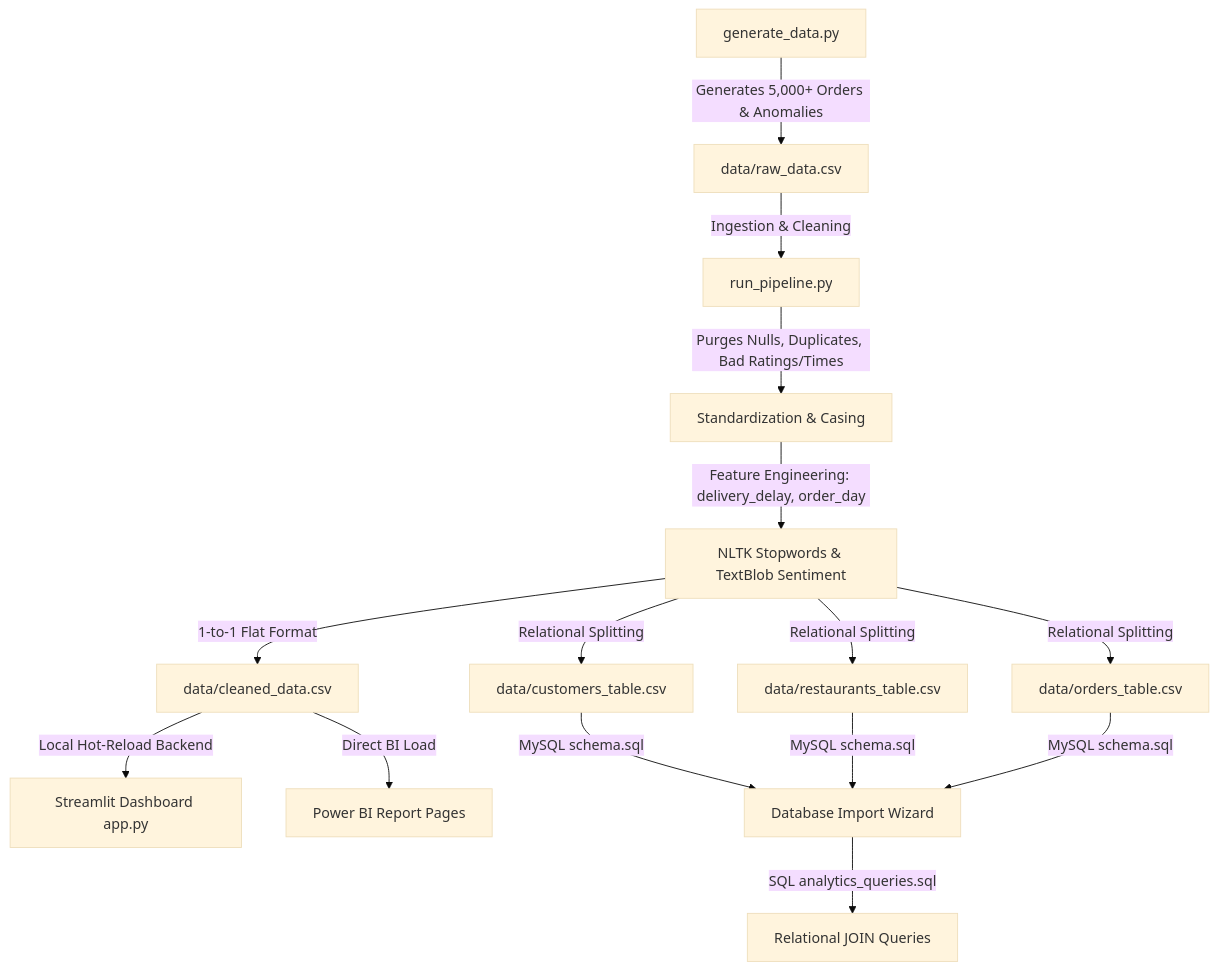
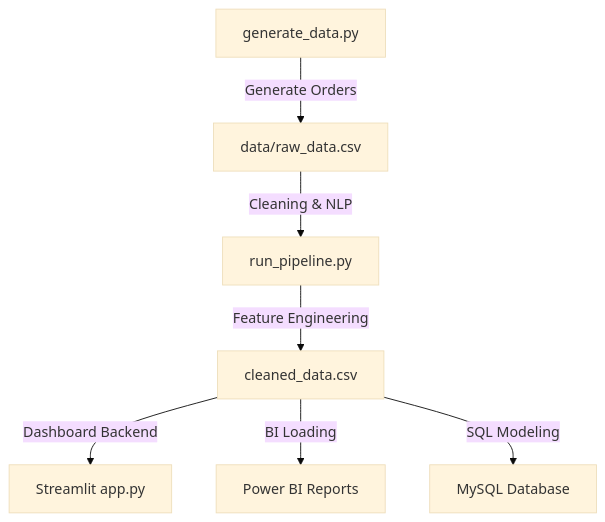
Before and after one commit to Shivam09xc/Swiggy-Zomato-Food-Delivery-Analysis: the diagram in README.md, drawn with Mermaid (base theme). The commit also changed other lines of this file, not shown here.

````diff
--- a/README.md
+++ b/README.md
@@ -38,15 +130,9 @@
 ```mermaid
 flowchart TD
-    A[generate_data.py] -->|Generates 5,000+ Orders & Anomalies| B[data/raw_data.csv]
-    B -->|Ingestion & Cleaning| C[run_pipeline.py]
-    C -->|Purges Nulls, Duplicates, Bad Ratings/Times| D[Standardization & Casing]
-    D -->|Feature Engineering: delivery_delay, order_day| E[NLTK Stopwords & TextBlob Sentiment]
-    E -->|1-to-1 Flat Format| F[data/cleaned_data.csv]
-    E -->|Relational Splitting| G[data/customers_table.csv]
-    E -->|Relational Splitting| H[data/restaurants_table.csv]
-    E -->|Relational Splitting| I[data/orders_table.csv]
-    F -->|Local Hot-Reload Backend| J[Streamlit Dashboard app.py]
-    F -->|Direct BI Load| K[Power BI Report Pages]
-    G & H & I -->|MySQL schema.sql| L[Database Import Wizard]
-    L -->|SQL analytics_queries.sql| M[Relational JOIN Queries]
+    A[generate_data.py] -->|Generate Orders| B[data/raw_data.csv]
+    B -->|Cleaning & NLP| C[run_pipeline.py]
+    C -->|Feature Engineering| D[cleaned_data.csv]
+    D -->|Dashboard Backend| E[Streamlit app.py]
+    D -->|BI Loading| F[Power BI Reports]
+    D -->|SQL Modeling| G[MySQL Database]
 ```
````
